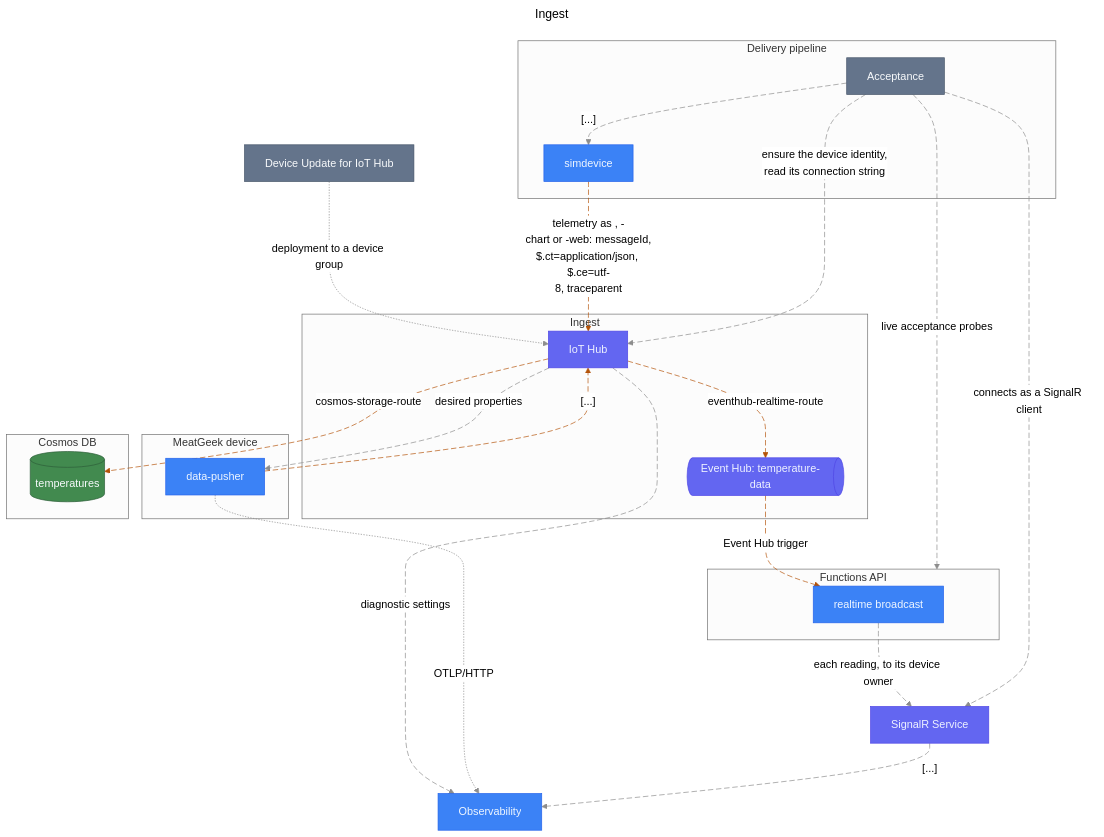
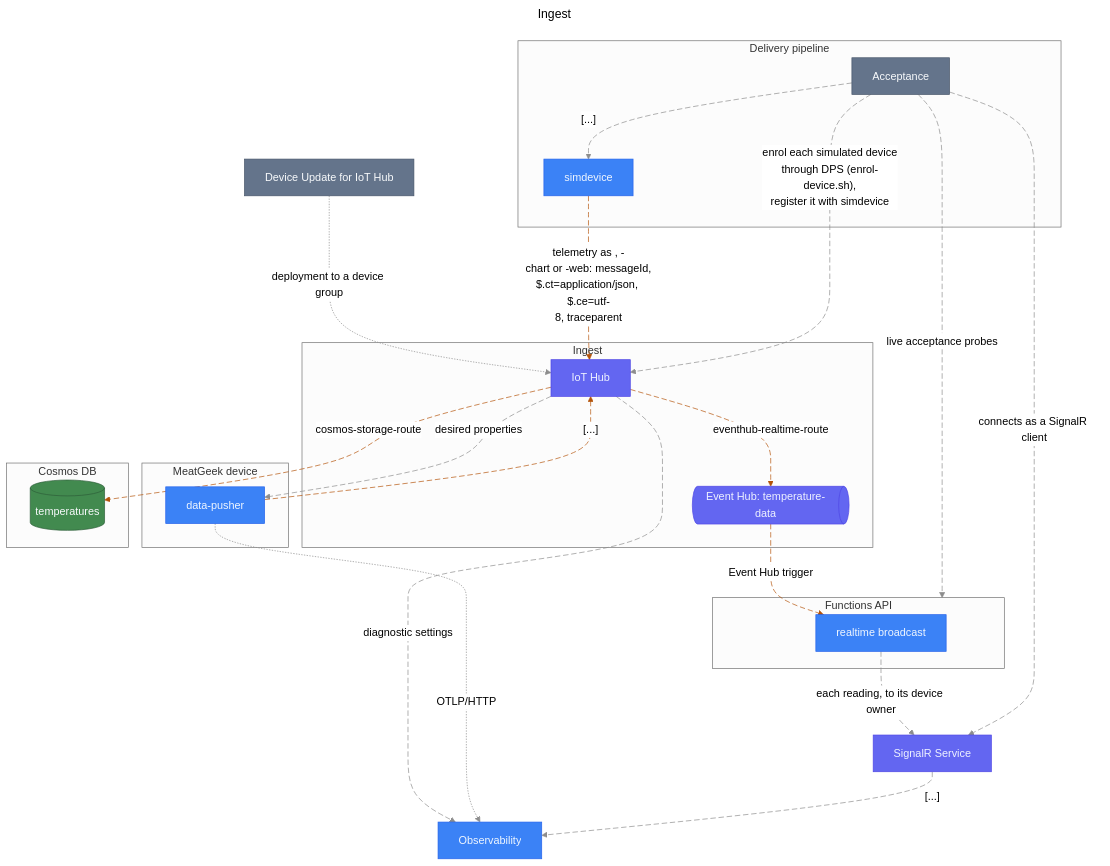
One commit to stevebargelt/meatgeekv2 changed the seventh of 17 diagrams in docs/architecture/diagrams.md. Above: the diagram before and after it, drawn with Mermaid (neutral theme). The commit also changed other lines of this file and 47 other files, not shown here.

First line of the commit message:
feat(devices): HAR-143 the devices page shows whether each device is connected and when it was last heard from, read live from IoT Hub

````diff
--- a/docs/architecture/diagrams.md
+++ b/docs/architecture/diagrams.md
@@ -611,58 +613,59 @@
 ```mermaid
 ---
 title: "Ingest"
 ---
 graph TB
   MeatgeekCloudDeviceupdate@{ shape: rectangle, label: "Device Update for IoT Hub" }
   subgraph Delivery["`Delivery pipeline`"]
     Delivery.Acceptance@{ shape: rectangle, label: "Acceptance" }
     Delivery.Simdevice@{ shape: rectangle, label: "simdevice" }
   end
   subgraph MeatgeekCloudIngest["`Ingest`"]
     MeatgeekCloudIngest.Iothub@{ shape: rectangle, label: "IoT Hub" }
     MeatgeekCloudIngest.Eventhub@{ shape: horizontal-cylinder, label: "Event Hub: temperature-data" }
   end
   subgraph MeatgeekEdge["`MeatGeek device`"]
     MeatgeekEdge.Pusher@{ shape: rectangle, label: "data-pusher" }
   end
   subgraph MeatgeekCloudData["`Cosmos DB`"]
     MeatgeekCloudData.Temperatures@{ shape: cylinder, label: "temperatures" }
   end
   subgraph MeatgeekCloudApi["`Functions API`"]
     MeatgeekCloudApi.Broadcast@{ shape: rectangle, label: "realtime broadcast" }
   end
   MeatgeekCloudRealtime@{ shape: rectangle, label: "SignalR Service" }
   MeatgeekCloudObservability@{ shape: rectangle, label: "Observability" }
   MeatgeekCloudDeviceupdate -. "`deployment to a device group`" .-> MeatgeekCloudIngest.Iothub
   MeatgeekCloudIngest.Iothub -. "`eventhub-realtime-route`" .-> MeatgeekCloudIngest.Eventhub
   MeatgeekCloudIngest.Iothub -. "`diagnostic settings`" .-> MeatgeekCloudObservability
   MeatgeekCloudIngest.Iothub -. "`desired properties`" .-> MeatgeekEdge.Pusher
   MeatgeekEdge.Pusher -. "`[...]`" .-> MeatgeekCloudIngest.Iothub
   MeatgeekEdge.Pusher -. "`OTLP/HTTP`" .-> MeatgeekCloudObservability
   MeatgeekCloudIngest.Iothub -. "`cosmos-storage-route`" .-> MeatgeekCloudData.Temperatures
   MeatgeekCloudIngest.Eventhub -. "`Event Hub trigger`" .-> MeatgeekCloudApi.Broadcast
   MeatgeekCloudApi.Broadcast -. "`each reading, to its device owner`" .-> MeatgeekCloudRealtime
   MeatgeekCloudRealtime -. "`[...]`" .-> MeatgeekCloudObservability
   Delivery.Simdevice -. "`telemetry as <sim>, <sim>-
 chart or <sim>-web: messageId,
 $.ct=application/json, $.ce=utf-
 8, traceparent`" .-> MeatgeekCloudIngest.Iothub
-  Delivery.Acceptance -. "`ensure the device identity,
-read its connection string`" .-> MeatgeekCloudIngest.Iothub
+  Delivery.Acceptance -. "`enrol each simulated device
+through DPS (enrol-device.sh),
+register it with simdevice`" .-> MeatgeekCloudIngest.Iothub
   Delivery.Acceptance -. "`connects as a SignalR client`" .-> MeatgeekCloudRealtime
   Delivery.Acceptance -. "`[...]`" .-> Delivery.Simdevice
   Delivery.Acceptance -. "`live acceptance probes`" .-> MeatgeekCloudApi
   classDef muted fill:#64748b,stroke:#475569,color:#f8fafc
   class MeatgeekCloudDeviceupdate muted
   classDef slate fill:#64748b,stroke:#475569,color:#f8fafc
   class Delivery.Acceptance slate
   classDef primary fill:#3b82f6,stroke:#2563eb,color:#eff6ff
   class Delivery.Simdevice,MeatgeekEdge.Pusher,MeatgeekCloudApi.Broadcast,MeatgeekCloudObservability primary
   classDef indigo fill:#6366f1,stroke:#4f46e5,color:#eef2ff
   class MeatgeekCloudIngest.Iothub,MeatgeekCloudIngest.Eventhub,MeatgeekCloudRealtime indigo
   classDef green fill:#428a4f,stroke:#2d5d39,color:#f8fafc
   class MeatgeekCloudData.Temperatures green
   linkStyle 0,5 stroke:#8D8D8D
   linkStyle 1,4,6,7,10 stroke:#b45309,stroke-dasharray:8 4
   linkStyle 2,3,8,9,11,12,13,14 stroke:#8D8D8D,stroke-dasharray:8 4
 ```
````
